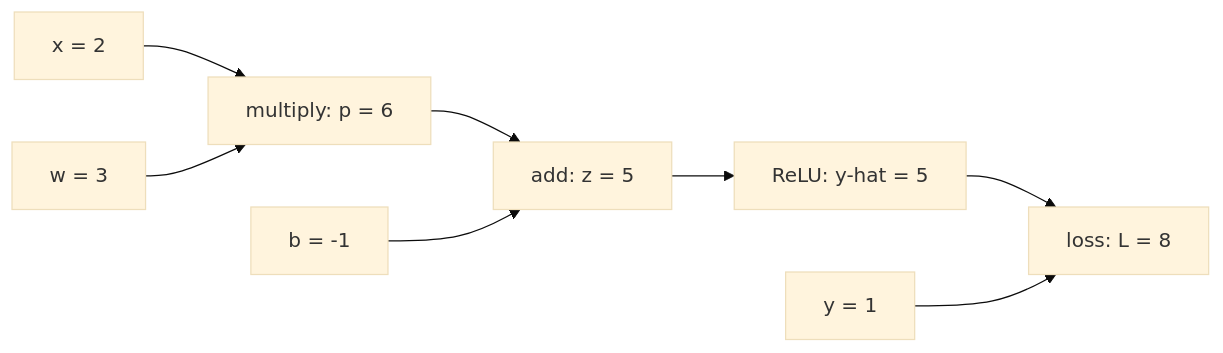
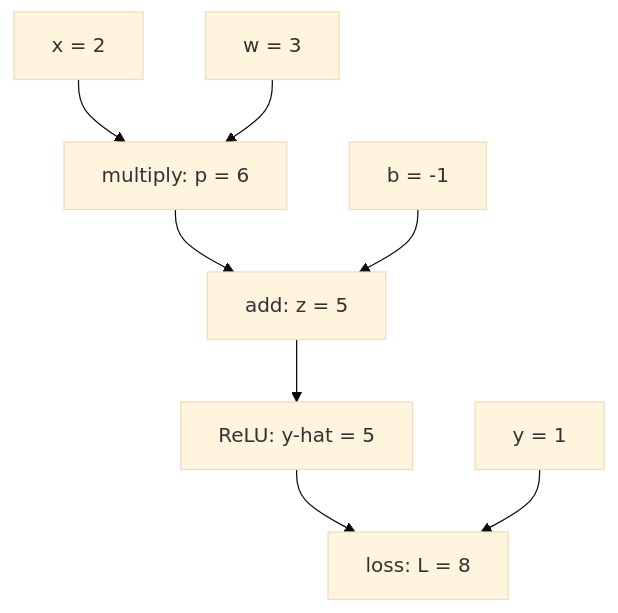
The diagram in src/content/post/cse425-mid-computation-graphs/index.md (lubdhak7414/lubdhak7414.github.io), drawn with Mermaid (base theme) before and after one commit. The commit also changed other lines of this file and 27 other files, not shown here.

````diff
--- a/src/content/post/cse425-mid-computation-graphs/index.md
+++ b/src/content/post/cse425-mid-computation-graphs/index.md
@@ -31,10 +31,10 @@
 ```mermaid
-flowchart LR
+flowchart TD
   x["x = 2"] --> m["multiply: p = 6"]
   w["w = 3"] --> m
   m --> s["add: z = 5"]
   b["b = -1"] --> s
   s --> r["ReLU: y-hat = 5"]
   r --> l["loss: L = 8"]
   y["y = 1"] --> l
 ```
````
